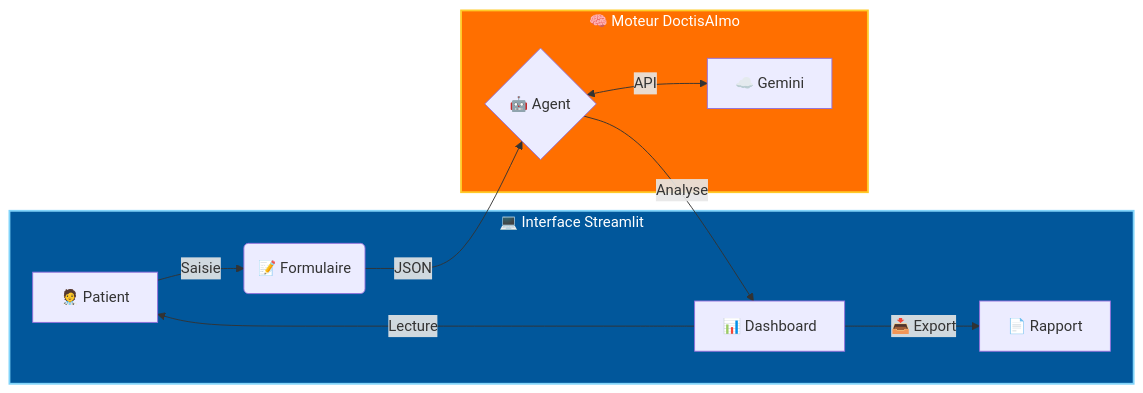
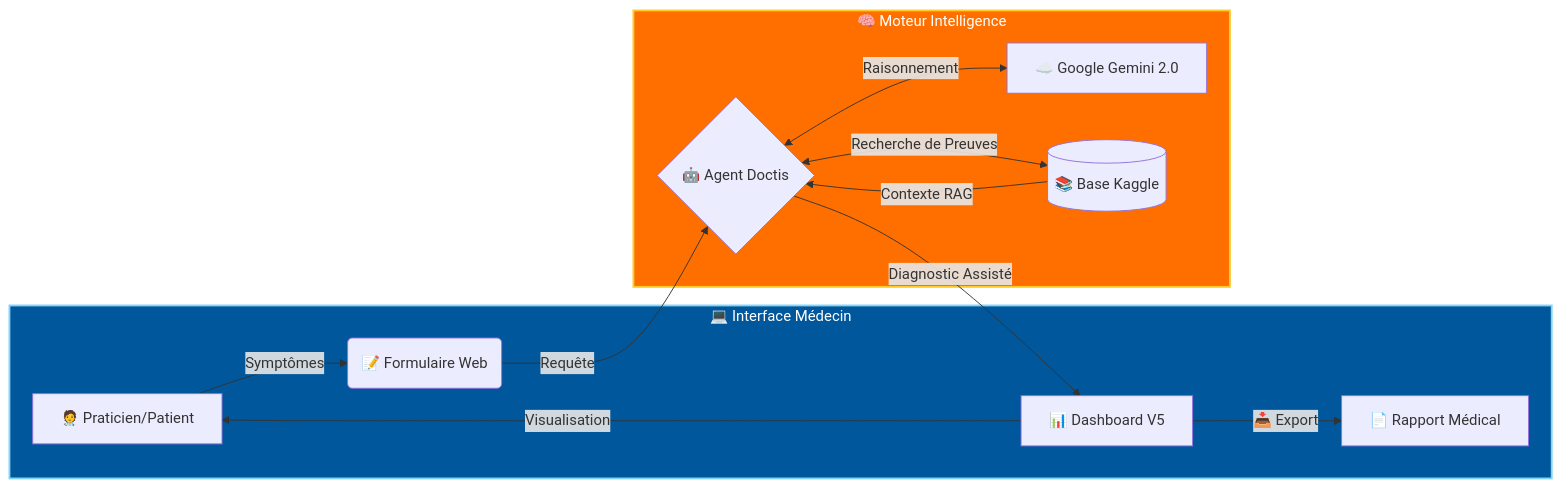
One commit to Adam-Blf/Projet-IA-Generative-Doctis-AI-mo changed the first of 2 diagrams in README.md. Above: the diagram before and after it, drawn with Mermaid. The commit also changed other lines of this file, not shown here.

````diff
--- a/README.md
+++ b/README.md
@@ -52,17 +61,19 @@
 ```mermaid
 graph LR
-    subgraph Client [💻 Interface Streamlit]
-        A[🧑‍⚕️ Patient] -->|Saisie| B(📝 Formulaire);
-        E[📊 Dashboard] -->|Lecture| A;
-        E -->|📥 Export| F[📄 Rapport];
+    subgraph Client [💻 Interface Médecin]
+        A[🧑‍⚕️ Praticien/Patient] -->|Symptômes| B(📝 Formulaire Web);
+        E[📊 Dashboard V5] -->|Visualisation| A;
+        E -->|📥 Export| F[📄 Rapport Médical];
     end
     
-    subgraph Core [🧠 Moteur DoctisAImo]
-        B -->|JSON| C{🤖 Agent};
-        C <-->|API| D[☁️ Gemini];
-        C -->|Analyse| E;
+    subgraph Core [🧠 Moteur Intelligence]
+        B -->|Requête| C{🤖 Agent Doctis};
+        C <-->|Raisonnement| D[☁️ Google Gemini 2.0];
+        C <-->|Recherche de Preuves| K[(📚 Base Kaggle)];
+        K -->|Contexte RAG| C;
+        C -->|Diagnostic Assisté| E;
     end
     
     style Client fill:#01579b,stroke:#81d4fa,stroke-width:2px,color:#fff
     style Core fill:#ff6f00,stroke:#ffca28,stroke-width:2px,color:#fff
 ```
````
